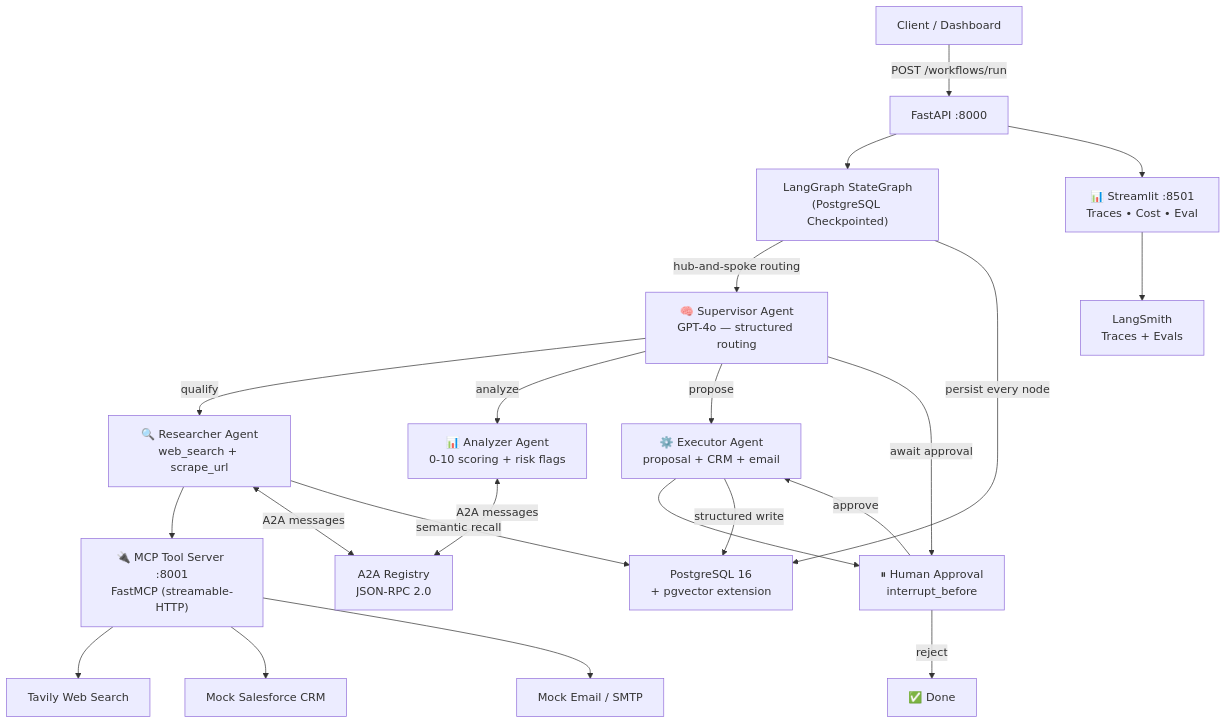
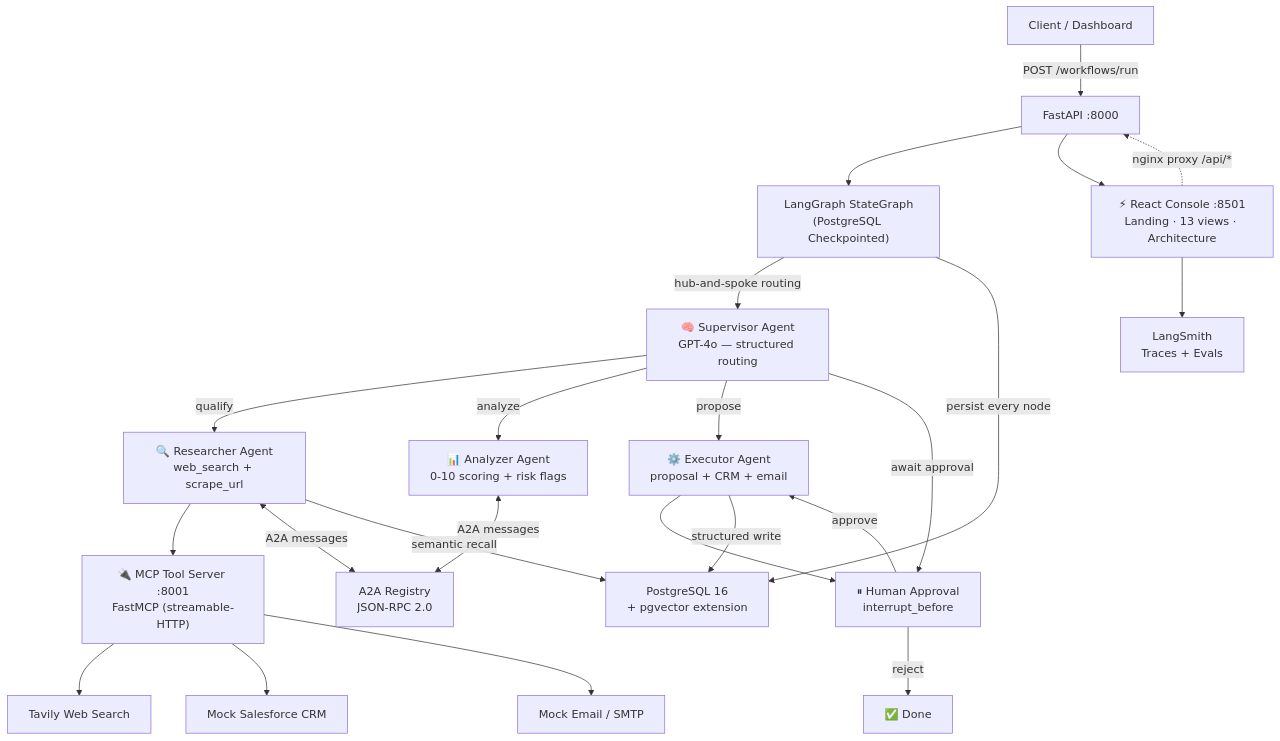
Before and after one commit to JoelJohnsonThomas/ForgeFlow: the diagram in README.md, drawn with Mermaid. The commit also changed other lines of this file and 3 other files, not shown here.

````diff
--- a/README.md
+++ b/README.md
@@ -26,32 +26,33 @@
 ```mermaid
 graph TB
     Client["Client / Dashboard"] -->|POST /workflows/run| API["FastAPI :8000"]
 
     API --> Graph["LangGraph StateGraph<br/>(PostgreSQL Checkpointed)"]
 
     Graph -->|hub-and-spoke routing| Supervisor["🧠 Supervisor Agent<br/>GPT-4o — structured routing"]
 
     Supervisor -->|qualify| Researcher["🔍 Researcher Agent<br/>web_search + scrape_url"]
     Supervisor -->|analyze| Analyzer["📊 Analyzer Agent<br/>0-10 scoring + risk flags"]
     Supervisor -->|propose| Executor["⚙️ Executor Agent<br/>proposal + CRM + email"]
     Supervisor -->|await approval| HumanLoop["⏸ Human Approval<br/>interrupt_before"]
 
     Researcher --> MCPServer["🔌 MCP Tool Server :8001<br/>FastMCP (streamable-HTTP)"]
     MCPServer --> TavilySearch["Tavily Web Search"]
     MCPServer --> CRMTools["Mock Salesforce CRM"]
     MCPServer --> EmailTools["Mock Email / SMTP"]
 
     Executor --> HumanLoop
     HumanLoop -->|approve| Executor
     HumanLoop -->|reject| END["✅ Done"]
 
     Researcher <-->|A2A messages| A2ARegistry["A2A Registry<br/>JSON-RPC 2.0"]
     Analyzer <-->|A2A messages| A2ARegistry
 
     Graph -->|persist every node| PostgreSQL["PostgreSQL 16<br/>+ pgvector extension"]
     Researcher -->|semantic recall| PostgreSQL
     Executor -->|structured write| PostgreSQL
 
-    API --> Dashboard["📊 Streamlit :8501<br/>Traces • Cost • Eval"]
-    Dashboard --> LangSmith["LangSmith<br/>Traces + Evals"]
+    API --> Frontend["⚡ React Console :8501<br/>Landing · 13 views · Architecture"]
+    Frontend -.->|nginx proxy /api/*| API
+    Frontend --> LangSmith["LangSmith<br/>Traces + Evals"]
 ```
````
